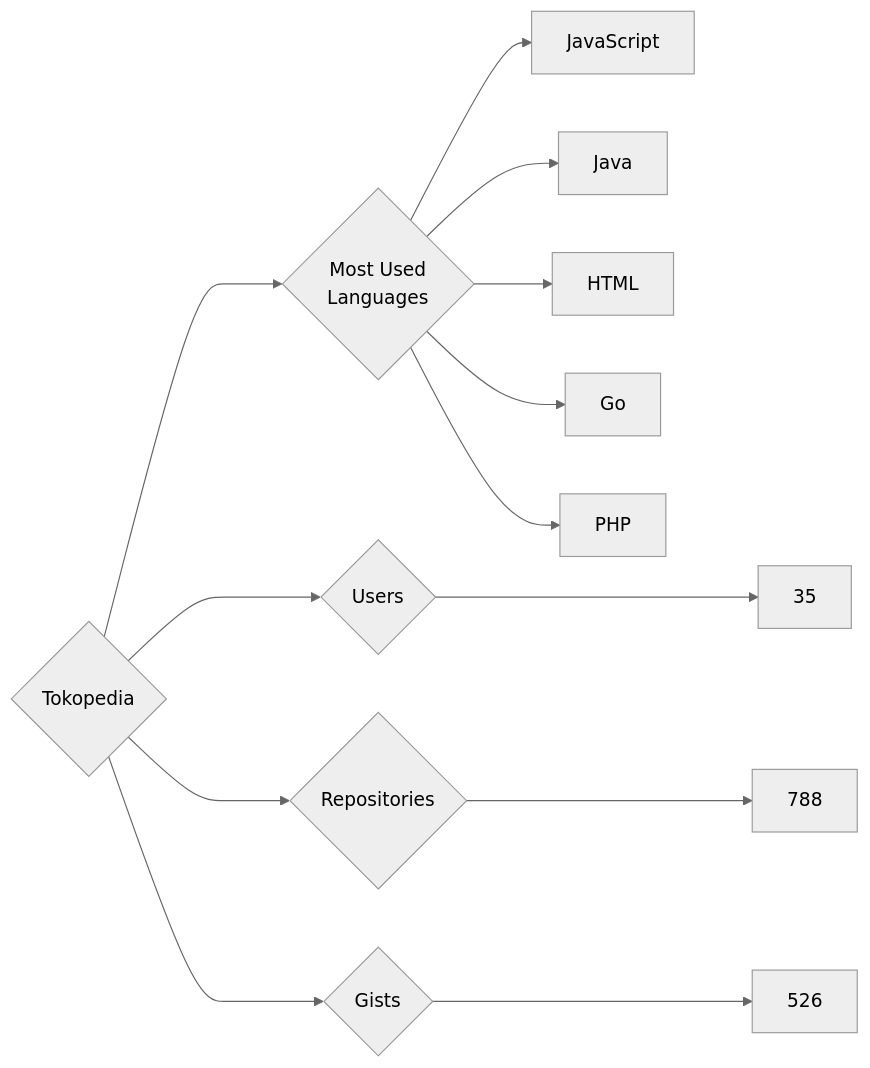
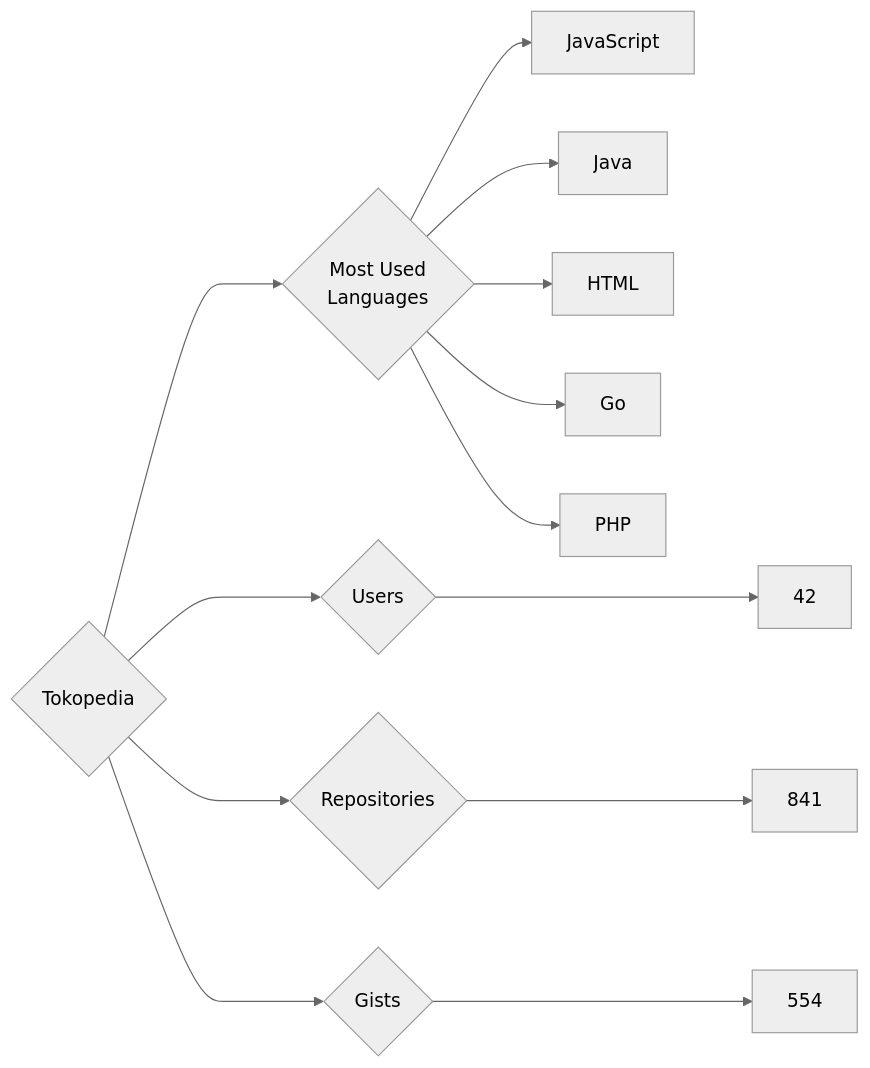
Before and after one commit to trickest/insiders: the diagram in targets/Tokopedia/README.md, drawn with Mermaid (neutral theme). The commit also changed 964 other files, not shown here.

````diff
--- a/targets/Tokopedia/README.md
+++ b/targets/Tokopedia/README.md
@@ -3,13 +3,13 @@
 ```mermaid
 graph LR
 COMPANY_NAME{Tokopedia}
-COMPANY_NAME ---> U{Users} ---> UN[35]
-COMPANY_NAME ---> R{Repositories} ---> RN[788]
-COMPANY_NAME ---> G{Gists} ---> GN[526]
+COMPANY_NAME ---> U{Users} ---> UN[42]
+COMPANY_NAME ---> R{Repositories} ---> RN[841]
+COMPANY_NAME ---> G{Gists} ---> GN[554]
 COMPANY_NAME ---> ML{Most Used<br>Languages}
 ML --> JavaScript[JavaScript]
 ML --> Java[Java]
 ML --> HTML[HTML]
 ML --> Go[Go]
 ML --> PHP[PHP]
 ```
````
